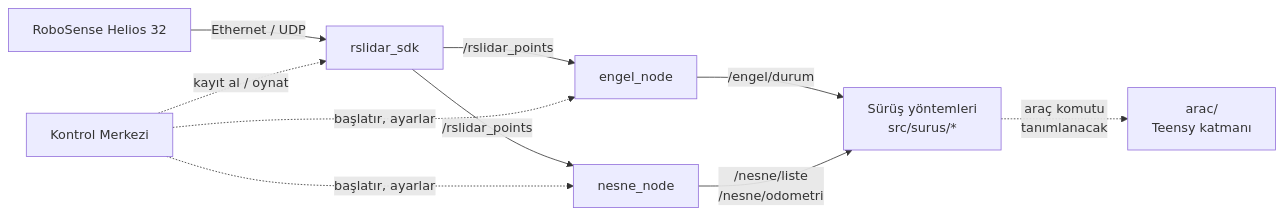
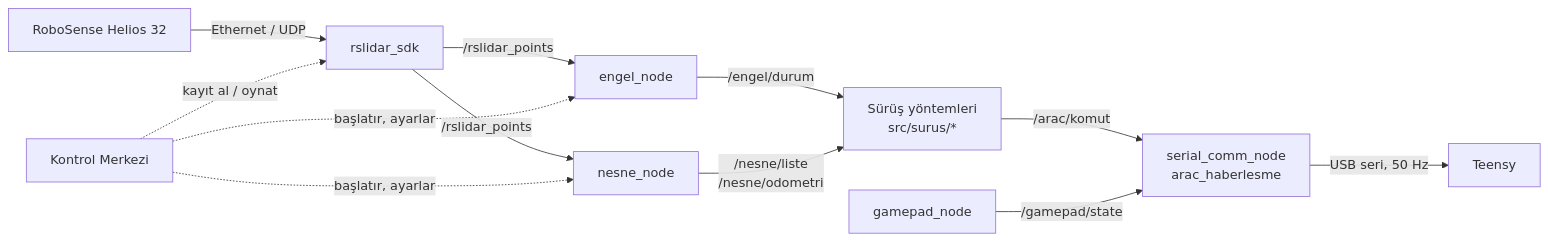
One commit to ayberkdoruk/robotaksi-autonomy changed the diagram in README.md. Above: the diagram before and after it, drawn with Mermaid. The commit also changed other lines of this file and 26 other files, not shown here.

First line of the commit message:
araç entegrasyonu: arac_haberlesme + lidar_surus + araç ölçüleri

````diff
--- a/README.md
+++ b/README.md
@@ -82,12 +82,14 @@
 ```mermaid
 flowchart LR
     L[RoboSense Helios 32] -->|Ethernet / UDP| S[rslidar_sdk]
     S -->|/rslidar_points| E[engel_node]
     S -->|/rslidar_points| N[nesne_node]
     E -->|/engel/durum| D[Sürüş yöntemleri<br/>src/surus/*]
     N -->|/nesne/liste<br/>/nesne/odometri| D
-    D -.->|araç komutu<br/>tanımlanacak| A[arac/<br/>Teensy katmanı]
+    D -->|/arac/komut| A[serial_comm_node<br/>arac_haberlesme]
+    G[gamepad_node] -->|/gamepad/state| A
+    A -->|USB seri, 50 Hz| T[Teensy]
     K[Kontrol Merkezi] -.->|başlatır, ayarlar| E
     K -.->|başlatır, ayarlar| N
     K -.->|kayıt al / oynat| S
 ```
````
